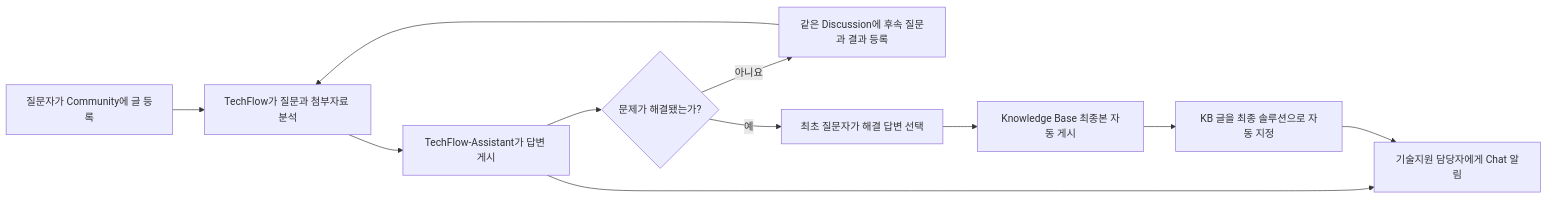
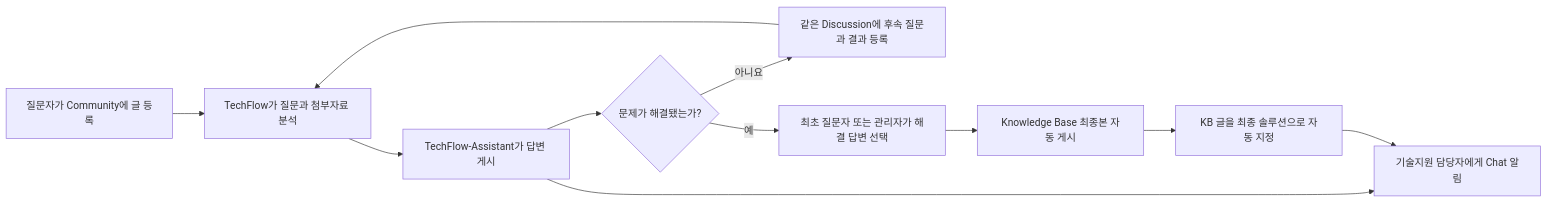
Before and after one commit to ablecloud-team/ablestack-techflow: the diagram in docs/guides/community-automation-user-guide.md, drawn with Mermaid. The commit also changed other lines of this file and 22 other files, not shown here.

````diff
--- a/docs/guides/community-automation-user-guide.md
+++ b/docs/guides/community-automation-user-guide.md
@@ -14,13 +14,13 @@
 ```mermaid
 flowchart LR
     A["질문자가 Community에 글 등록"] --> B["TechFlow가 질문과 첨부자료 분석"]
     B --> C["TechFlow-Assistant가 답변 게시"]
     C --> D["기술지원 담당자에게 Chat 알림"]
     C --> E{"문제가 해결됐는가?"}
     E -- "아니요" --> F["같은 Discussion에 후속 질문과 결과 등록"]
     F --> B
-    E -- "예" --> G["최초 질문자가 해결 답변 선택"]
+    E -- "예" --> G["최초 질문자 또는 관리자가 해결 답변 선택"]
     G --> H["Knowledge Base 최종본 자동 게시"]
     H --> I["KB 글을 최종 솔루션으로 자동 지정"]
     I --> D
 ```
````
